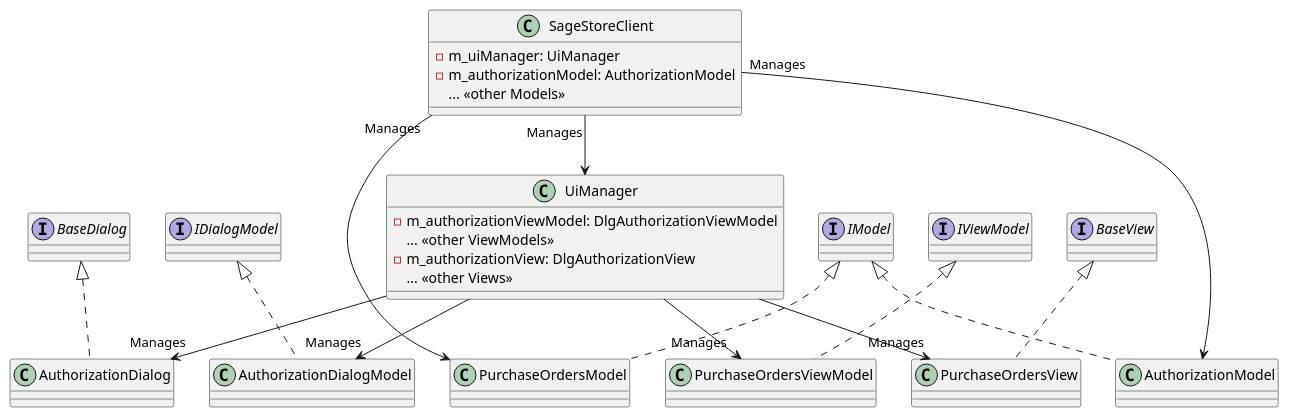
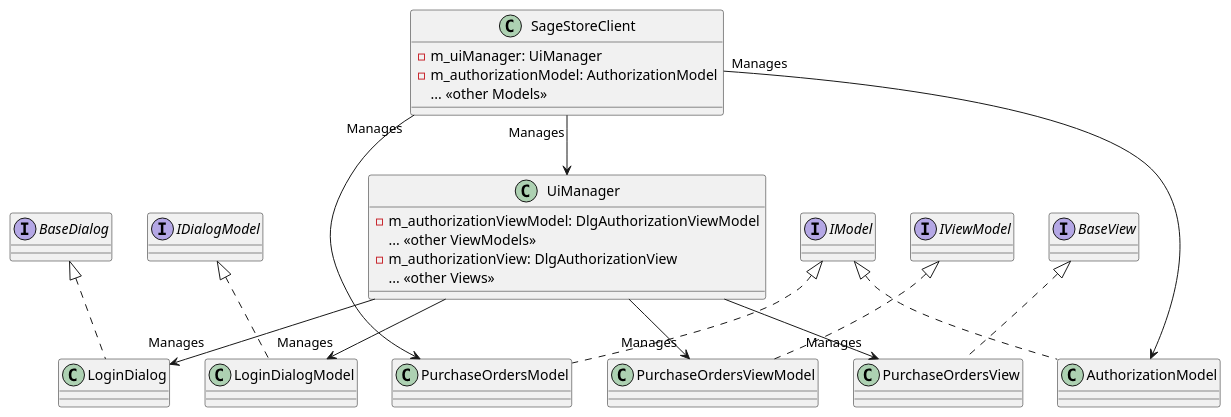
One commit to Sage-Cat/SageStore changed the diagram in docs/client/plantuml/MVVM_CD.puml. Above: the diagram before and after it, drawn with PlantUML. The commit also changed 34 other files, not shown here.

```diff
--- a/docs/client/plantuml/MVVM_CD.puml
+++ b/docs/client/plantuml/MVVM_CD.puml
@@ -1,62 +1,62 @@
 @startuml
 
 class SageStoreClient {
     -m_uiManager: UiManager
     -m_authorizationModel: AuthorizationModel
     ... <<other Models>>
 }
 
 class UiManager {
     -m_authorizationViewModel: DlgAuthorizationViewModel
     ... <<other ViewModels>>
     -m_authorizationView: DlgAuthorizationView
     ... <<other Views>>
 }
 
 interface IModel {
 }
 
 interface IViewModel {
 }
 
 interface BaseView {
 }
 
 interface IDialogModel{
 }
 
 interface BaseDialog {
 }
 
 class AuthorizationModel implements IModel {
 }
 
-class AuthorizationDialogModel implements IDialogModel {
+class LoginDialogModel implements IDialogModel {
 }
 
-class AuthorizationDialog implements BaseDialog {
+class LoginDialog implements BaseDialog {
 }
 
 class PurchaseOrdersModel implements IModel {
 }
 
 class PurchaseOrdersViewModel implements IViewModel {
 }
 
 class PurchaseOrdersView implements BaseView {
 }
 
 SageStoreClient "Manages"-->  UiManager
 SageStoreClient "Manages"-->  AuthorizationModel
 SageStoreClient "Manages"-->  PurchaseOrdersModel
-UiManager --> "Manages" AuthorizationDialogModel
-UiManager --> "Manages" AuthorizationDialog
+UiManager --> "Manages" LoginDialogModel
+UiManager --> "Manages" LoginDialog
 UiManager --> "Manages" PurchaseOrdersViewModel
 UiManager --> "Manages" PurchaseOrdersView
 
-AuthorizationModel -[hidden]left- AuthorizationDialogModel
-AuthorizationDialogModel -[hidden]left- AuthorizationDialog
+AuthorizationModel -[hidden]left- LoginDialogModel
+LoginDialogModel -[hidden]left- LoginDialog
 PurchaseOrdersModel -[hidden]right- PurchaseOrdersViewModel
 PurchaseOrdersViewModel -[hidden]right- PurchaseOrdersView
 
 @enduml
```
